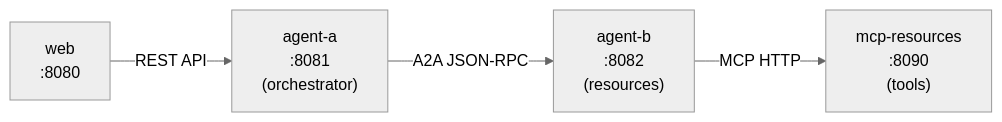
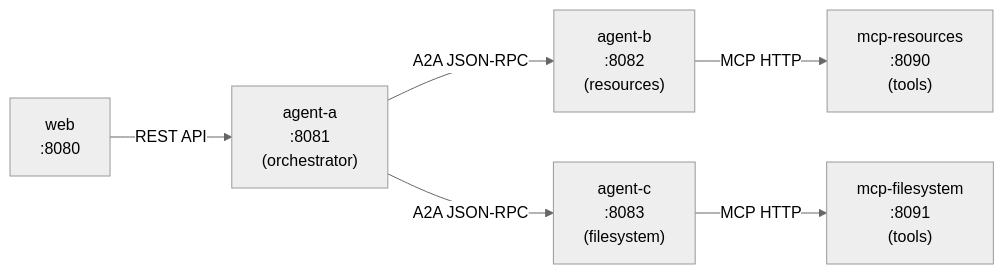
Before and after one commit to smorand/agent-stop-and-go: the third of 3 diagrams in docs/devops.md, drawn with Mermaid (neutral theme). The commit also changed other lines of this file and 9 other files, not shown here.

First line of the commit message:
feat: add filesystem agent (Agent C) to Docker Compose setup

````diff
--- a/docs/devops.md
+++ b/docs/devops.md
@@ -222,6 +222,8 @@
 ```mermaid
 graph LR
     Web["web<br/>:8080"] -->|"REST API"| AgentA["agent-a<br/>:8081<br/>(orchestrator)"]
     AgentA -->|"A2A JSON-RPC"| AgentB["agent-b<br/>:8082<br/>(resources)"]
-    AgentB -->|"MCP HTTP"| MCP["mcp-resources<br/>:8090<br/>(tools)"]
+    AgentA -->|"A2A JSON-RPC"| AgentC["agent-c<br/>:8083<br/>(filesystem)"]
+    AgentB -->|"MCP HTTP"| MCPR["mcp-resources<br/>:8090<br/>(tools)"]
+    AgentC -->|"MCP HTTP"| MCPF["mcp-filesystem<br/>:8091<br/>(tools)"]
 ```
````
